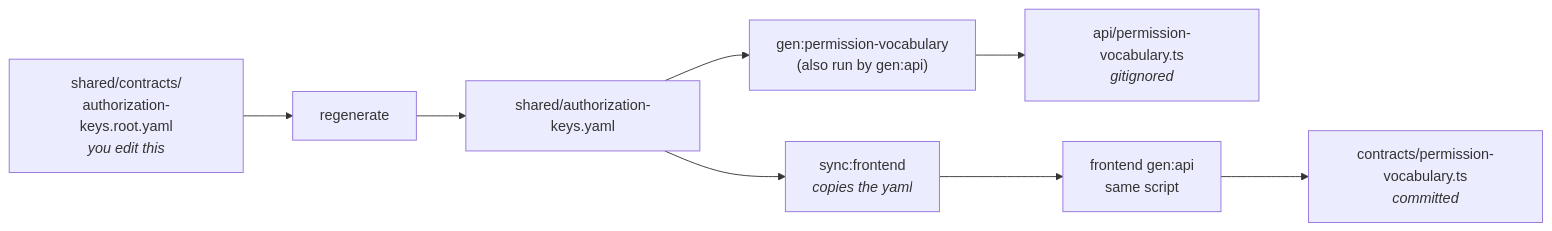
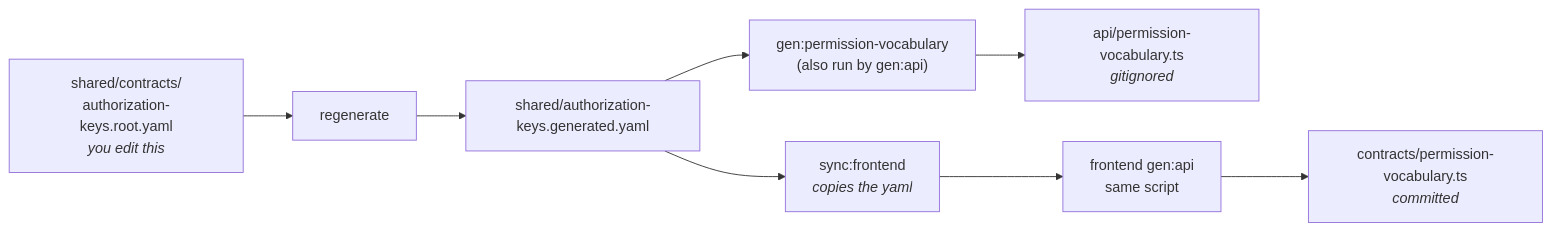
The diagram in docs/tools/permission-vocabulary.md (Guebbit/boilerplate-node-backend), drawn with Mermaid before and after one commit. The commit also changed other lines of this file and 110 other files, not shown here.

First line of the commit message:
refactor(shared): group shared files by kind; authorization cases name roles, not grant copies

````diff
--- a/docs/tools/permission-vocabulary.md
+++ b/docs/tools/permission-vocabulary.md
@@ -25,15 +25,15 @@
 ```mermaid
 %%{init: {'flowchart': {'nodeSpacing': 45, 'rankSpacing': 55}}}%%
 flowchart LR
     ROOT["shared/contracts/<br/>authorization-keys.root.yaml<br/><i>you edit this</i>"]
     BUNDLE["regenerate"]
-    KEYS["shared/authorization-keys.yaml"]
+    KEYS["shared/authorization-keys.generated.yaml"]
     GEN["gen:permission-vocabulary<br/>(also run by gen:api)"]
     BE["api/permission-vocabulary.ts<br/><i>gitignored</i>"]
     SYNC["sync:frontend<br/><i>copies the yaml</i>"]
     FEGEN["frontend gen:api<br/>same script"]
     FE["contracts/permission-vocabulary.ts<br/><i>committed</i>"]
 
     ROOT --> BUNDLE --> KEYS --> GEN --> BE
     KEYS --> SYNC --> FEGEN --> FE
 ```
````
